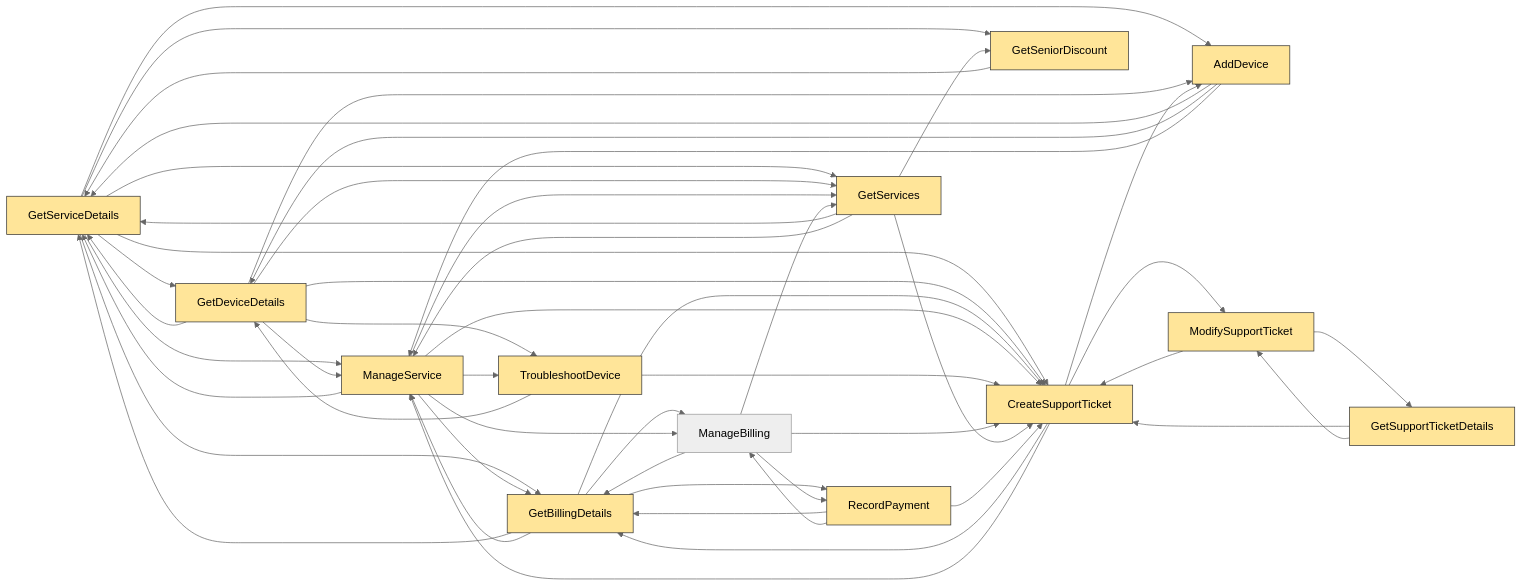
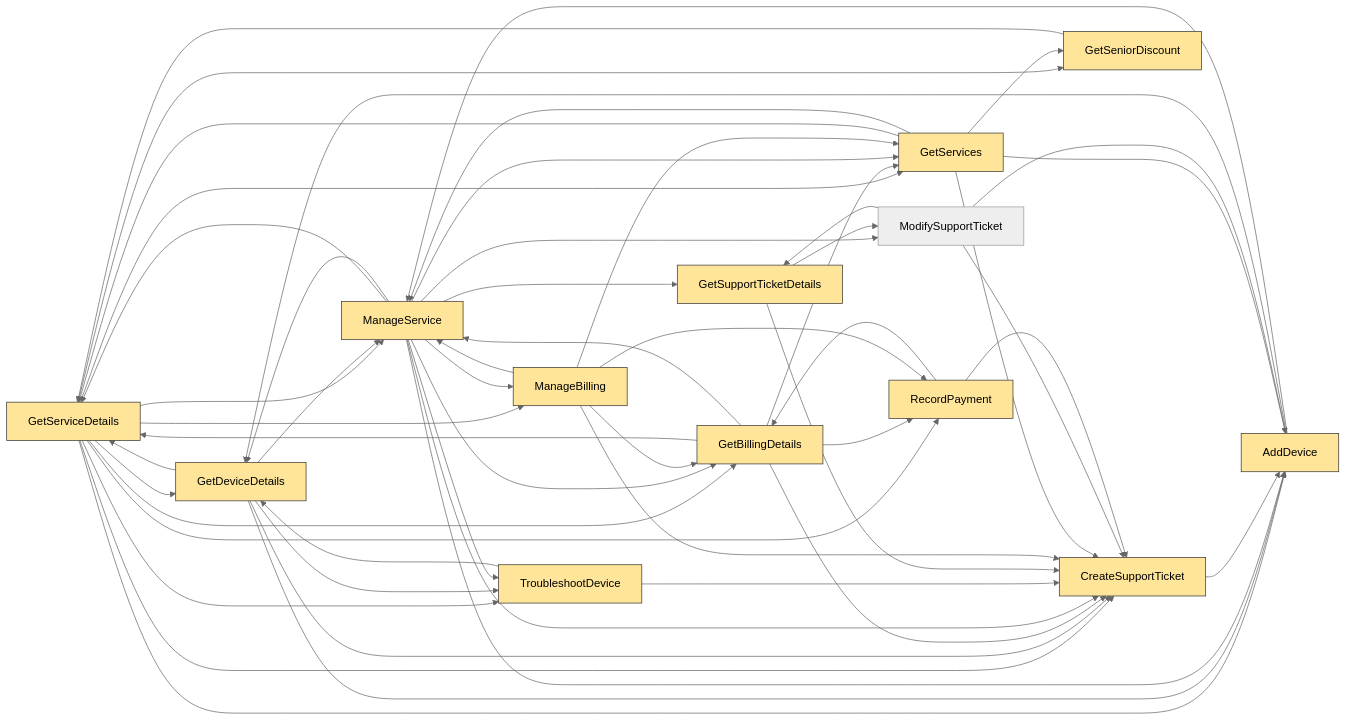
One commit to rishitoshsingh/magnet-tau changed the diagram in output/graphs/openai_gpt-5.2/telecom_adjacency_matrix_0.1_graph.md. Above: the diagram before and after it, drawn with Mermaid (neutral theme). The commit also changed 128 other files, not shown here.

````diff
--- a/output/graphs/openai_gpt-5.2/telecom_adjacency_matrix_0.1_graph.md
+++ b/output/graphs/openai_gpt-5.2/telecom_adjacency_matrix_0.1_graph.md
@@ -1,77 +1,81 @@
 ```mermaid
 graph LR
   n0["GetServiceDetails"]
   style n0 fill:#ffe599,stroke:#333,stroke-width:1px
   n1["GetDeviceDetails"]
   style n1 fill:#ffe599,stroke:#333,stroke-width:1px
   n2["GetBillingDetails"]
   style n2 fill:#ffe599,stroke:#333,stroke-width:1px
   n3["ManageService"]
   style n3 fill:#ffe599,stroke:#333,stroke-width:1px
   n4["TroubleshootDevice"]
   style n4 fill:#ffe599,stroke:#333,stroke-width:1px
   n5["CreateSupportTicket"]
   style n5 fill:#ffe599,stroke:#333,stroke-width:1px
   n6["GetSupportTicketDetails"]
   style n6 fill:#ffe599,stroke:#333,stroke-width:1px
   n7["AddDevice"]
   style n7 fill:#ffe599,stroke:#333,stroke-width:1px
   n8["ManageBilling"]
+  style n8 fill:#ffe599,stroke:#333,stroke-width:1px
   n9["GetServices"]
   style n9 fill:#ffe599,stroke:#333,stroke-width:1px
   n10["GetSeniorDiscount"]
   style n10 fill:#ffe599,stroke:#333,stroke-width:1px
   n11["ModifySupportTicket"]
-  style n11 fill:#ffe599,stroke:#333,stroke-width:1px
   n12["RecordPayment"]
   style n12 fill:#ffe599,stroke:#333,stroke-width:1px
   n0 --> n1
   n0 --> n2
   n0 --> n3
+  n0 --> n4
   n0 --> n5
   n0 --> n7
+  n0 --> n8
   n0 --> n9
   n0 --> n10
+  n0 --> n12
   n1 --> n0
   n1 --> n3
   n1 --> n4
   n1 --> n5
   n1 --> n7
-  n1 --> n9
   n2 --> n0
   n2 --> n3
   n2 --> n5
-  n2 --> n8
+  n2 --> n9
   n2 --> n12
   n3 --> n0
+  n3 --> n1
   n3 --> n2
   n3 --> n4
   n3 --> n5
+  n3 --> n6
+  n3 --> n7
   n3 --> n8
   n3 --> n9
+  n3 --> n11
   n4 --> n1
   n4 --> n5
-  n5 --> n2
-  n5 --> n3
   n5 --> n7
-  n5 --> n11
   n6 --> n5
   n6 --> n11
-  n7 --> n0
   n7 --> n1
   n7 --> n3
   n8 --> n2
+  n8 --> n3
   n8 --> n5
   n8 --> n9
   n8 --> n12
   n9 --> n0
   n9 --> n3
   n9 --> n5
+  n9 --> n7
   n9 --> n10
   n10 --> n0
   n11 --> n5
   n11 --> n6
+  n11 --> n7
   n12 --> n2
   n12 --> n5
-  n12 --> n8
 ```
````
